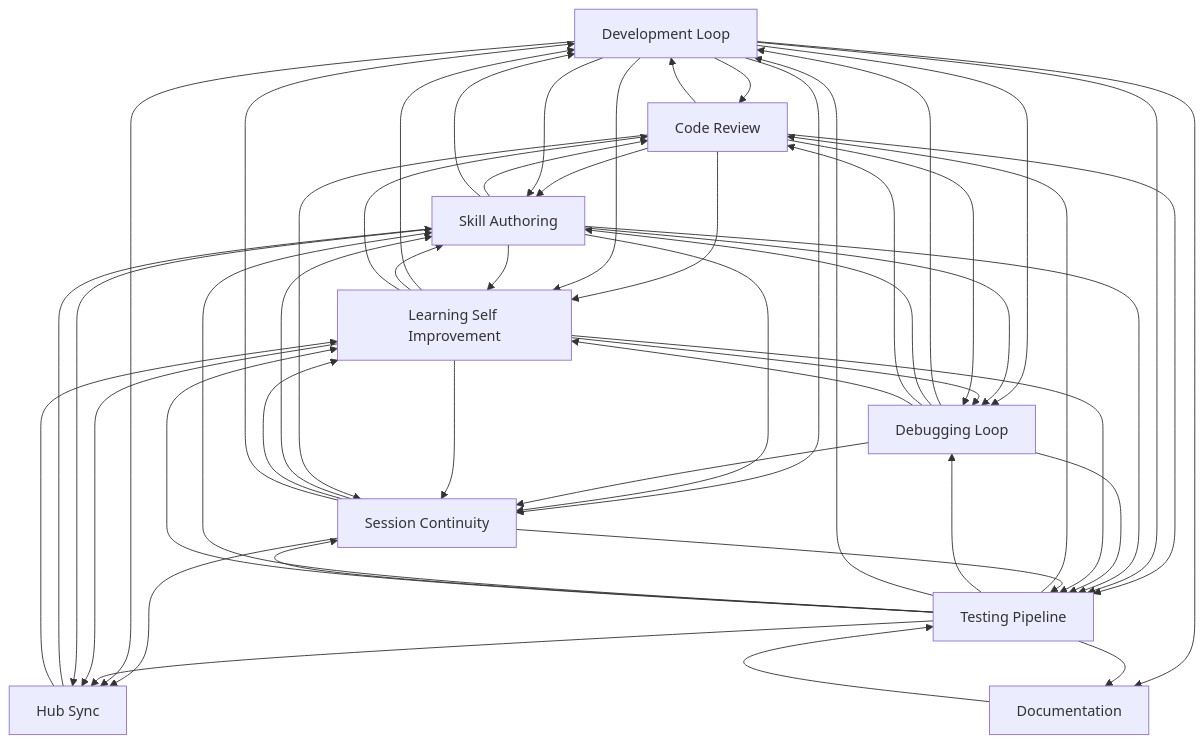
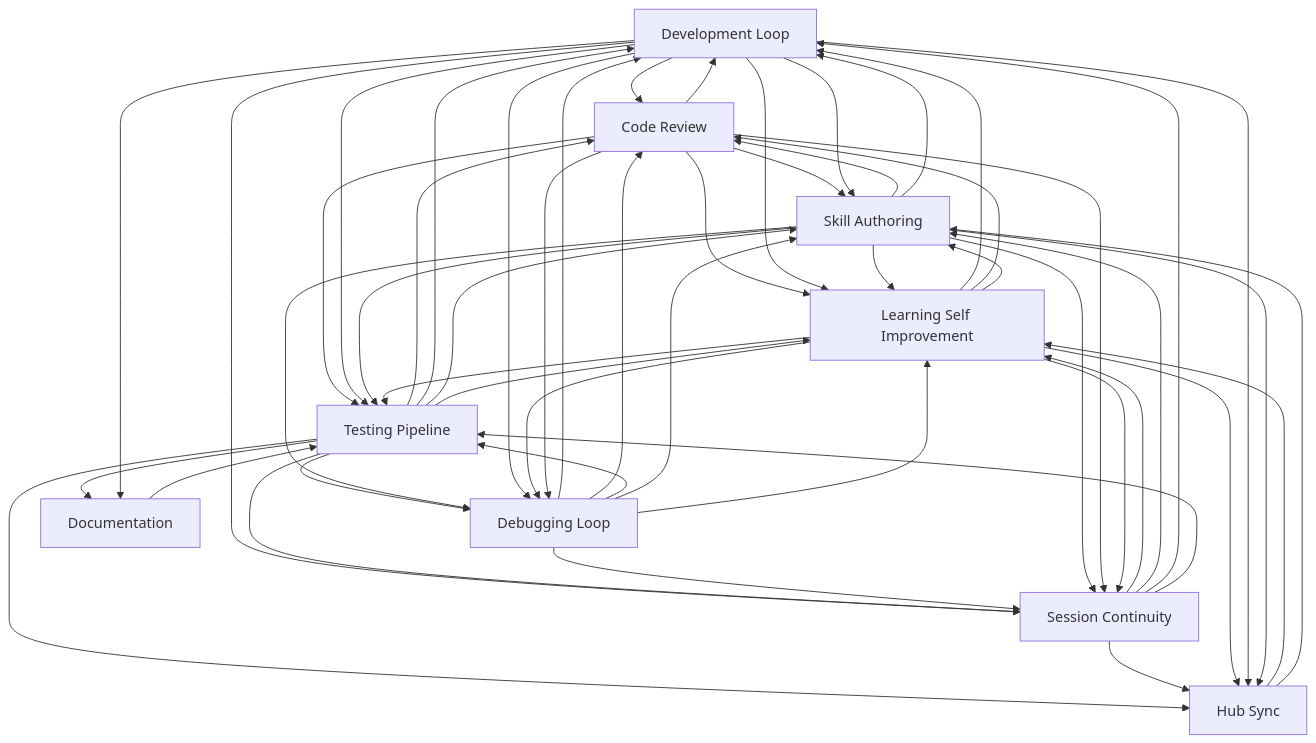
The diagram in docs/workflows/INDEX.md (abhayla/claude-best-practices), drawn with Mermaid before and after one commit. The commit also changed other lines of this file and 13 other files, not shown here.

````diff
--- a/docs/workflows/INDEX.md
+++ b/docs/workflows/INDEX.md
@@ -21,62 +21,62 @@
 ```mermaid
 graph TD
     development_loop[Development Loop]
     testing_pipeline[Testing Pipeline]
     debugging_loop[Debugging Loop]
     learning_self_improvement[Learning Self Improvement]
     session_continuity[Session Continuity]
     skill_authoring[Skill Authoring]
     code_review[Code Review]
     documentation[Documentation]
     hub_sync[Hub Sync]
     documentation --> testing_pipeline
+    code_review --> skill_authoring
     code_review --> development_loop
-    code_review --> skill_authoring
     development_loop --> code_review
     development_loop --> skill_authoring
     code_review --> learning_self_improvement
     code_review --> testing_pipeline
     development_loop --> learning_self_improvement
     development_loop --> testing_pipeline
     testing_pipeline --> code_review
     testing_pipeline --> debugging_loop
     testing_pipeline --> development_loop
     testing_pipeline --> skill_authoring
     skill_authoring --> code_review
     skill_authoring --> development_loop
     skill_authoring --> learning_self_improvement
     skill_authoring --> testing_pipeline
     development_loop --> session_continuity
-    skill_authoring --> session_continuity
     testing_pipeline --> session_continuity
     debugging_loop --> session_continuity
     debugging_loop --> development_loop
-    development_loop --> debugging_loop
-    skill_authoring --> debugging_loop
-    debugging_loop --> skill_authoring
+    skill_authoring --> session_continuity
     debugging_loop --> code_review
     debugging_loop --> testing_pipeline
+    debugging_loop --> skill_authoring
+    skill_authoring --> debugging_loop
+    development_loop --> debugging_loop
     testing_pipeline --> learning_self_improvement
     debugging_loop --> learning_self_improvement
     learning_self_improvement --> development_loop
+    learning_self_improvement --> code_review
+    learning_self_improvement --> testing_pipeline
     learning_self_improvement --> debugging_loop
     learning_self_improvement --> skill_authoring
-    learning_self_improvement --> code_review
-    learning_self_improvement --> testing_pipeline
     code_review --> debugging_loop
+    code_review --> session_continuity
     learning_self_improvement --> session_continuity
-    code_review --> session_continuity
+    testing_pipeline --> hub_sync
+    session_continuity --> hub_sync
+    session_continuity --> learning_self_improvement
     session_continuity --> skill_authoring
-    session_continuity --> learning_self_improvement
-    session_continuity --> hub_sync
+    learning_self_improvement --> hub_sync
     development_loop --> hub_sync
-    testing_pipeline --> hub_sync
-    learning_self_improvement --> hub_sync
+    testing_pipeline --> documentation
     development_loop --> documentation
-    testing_pipeline --> documentation
     session_continuity --> development_loop
     session_continuity --> testing_pipeline
     skill_authoring --> hub_sync
+    hub_sync --> learning_self_improvement
     hub_sync --> skill_authoring
-    hub_sync --> learning_self_improvement
 ```
````
